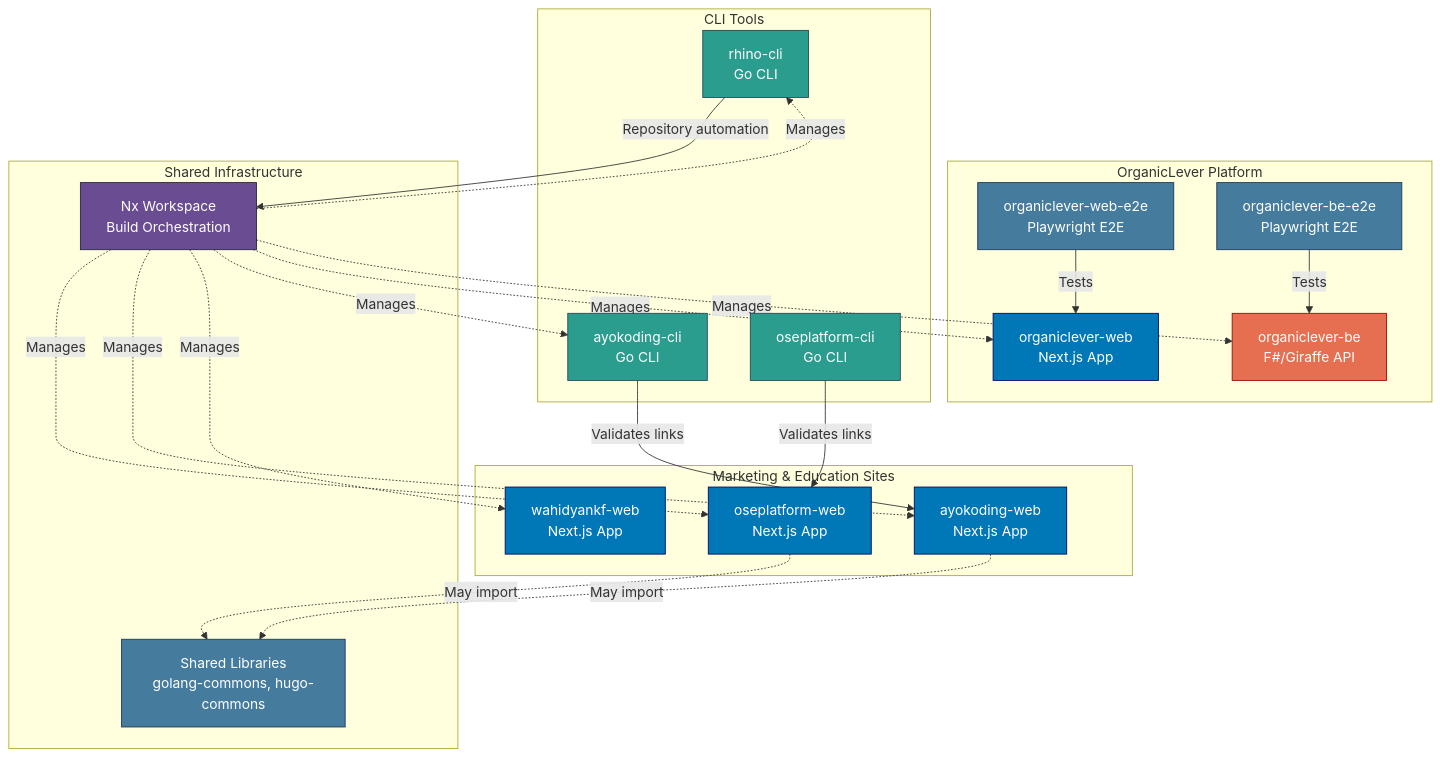
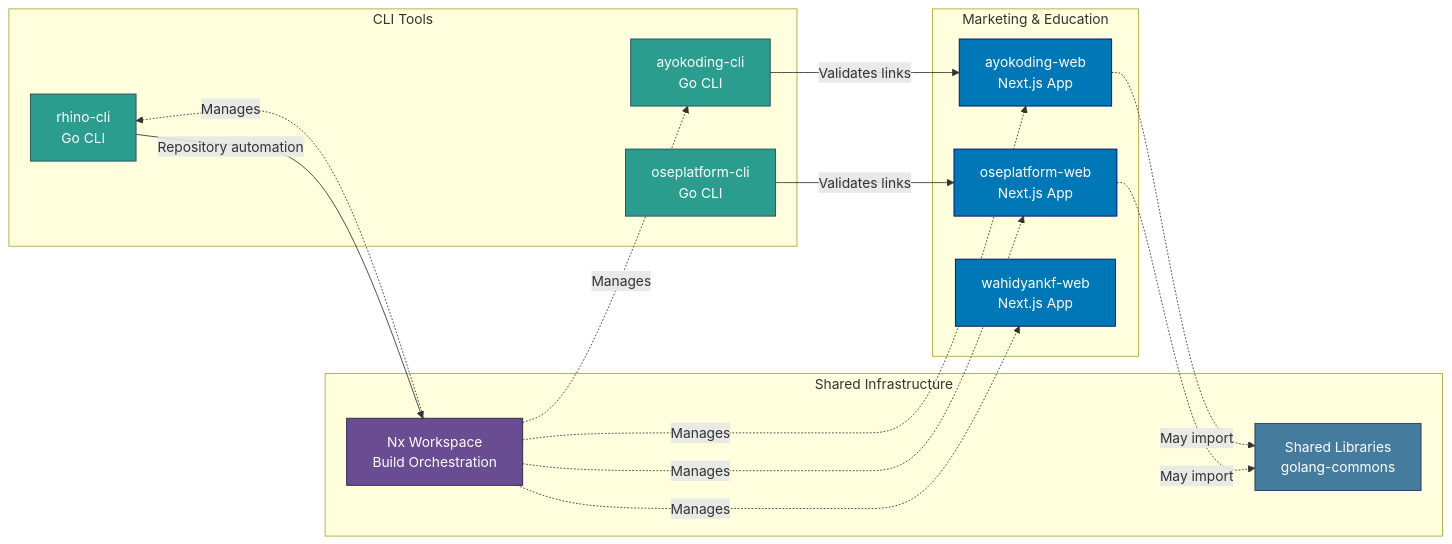
One commit to wahidyankf/open-sharia-enterprise changed the first of 2 diagrams in docs/reference/system-architecture/applications.md. Above: the diagram before and after it, drawn with Mermaid. The commit also changed 9 other files, not shown here.

First line of the commit message:
fix(docs): fix mermaid violations in architecture docs

````diff
--- a/docs/reference/system-architecture/applications.md
+++ b/docs/reference/system-architecture/applications.md
@@ -173,56 +175,39 @@
 ```mermaid
-graph TB
-    subgraph "Marketing & Education Sites"
+graph LR
+    subgraph "Marketing & Education"
         OSE[oseplatform-web<br/>Next.js App]
         AYO[ayokoding-web<br/>Next.js App]
         WKF[wahidyankf-web<br/>Next.js App]
-    end
-
-    subgraph "OrganicLever Platform"
-        OL_FE[organiclever-web<br/>Next.js App]
-        OL_BE[organiclever-be<br/>F#/Giraffe API]
-        OL_FE_E2E[organiclever-web-e2e<br/>Playwright E2E]
-        OL_BE_E2E[organiclever-be-e2e<br/>Playwright E2E]
     end
 
     subgraph "CLI Tools"
         AYOCLI[ayokoding-cli<br/>Go CLI]
         RHINO[rhino-cli<br/>Go CLI]
         OSECLI[oseplatform-cli<br/>Go CLI]
     end
 
     subgraph "Shared Infrastructure"
         NX[Nx Workspace<br/>Build Orchestration]
-        LIBS[Shared Libraries<br/>golang-commons, hugo-commons]
+        LIBS[Shared Libraries<br/>golang-commons]
     end
 
     AYOCLI -->|Validates links| AYO
     RHINO -->|Repository automation| NX
     OSECLI -->|Validates links| OSE
-    OL_FE_E2E -->|Tests| OL_FE
-    OL_BE_E2E -->|Tests| OL_BE
-
     NX -.->|Manages| OSE
     NX -.->|Manages| AYO
     NX -.->|Manages| WKF
     NX -.->|Manages| AYOCLI
     NX -.->|Manages| RHINO
-    NX -.->|Manages| OL_FE
-    NX -.->|Manages| OL_BE
-
     OSE -.->|May import| LIBS
     AYO -.->|May import| LIBS
 
     style OSE fill:#0077b6,stroke:#03045e,color:#ffffff
     style AYO fill:#0077b6,stroke:#03045e,color:#ffffff
     style WKF fill:#0077b6,stroke:#03045e,color:#ffffff
-    style OL_FE fill:#0077b6,stroke:#03045e,color:#ffffff
-    style OL_BE fill:#e76f51,stroke:#9d0208,color:#ffffff
-    style OL_FE_E2E fill:#457b9d,stroke:#1d3557,color:#ffffff
-    style OL_BE_E2E fill:#457b9d,stroke:#1d3557,color:#ffffff
     style AYOCLI fill:#2a9d8f,stroke:#264653,color:#ffffff
     style RHINO fill:#2a9d8f,stroke:#264653,color:#ffffff
     style OSECLI fill:#2a9d8f,stroke:#264653,color:#ffffff
     style NX fill:#6a4c93,stroke:#22223b,color:#ffffff
     style LIBS fill:#457b9d,stroke:#1d3557,color:#ffffff
 ```
````
